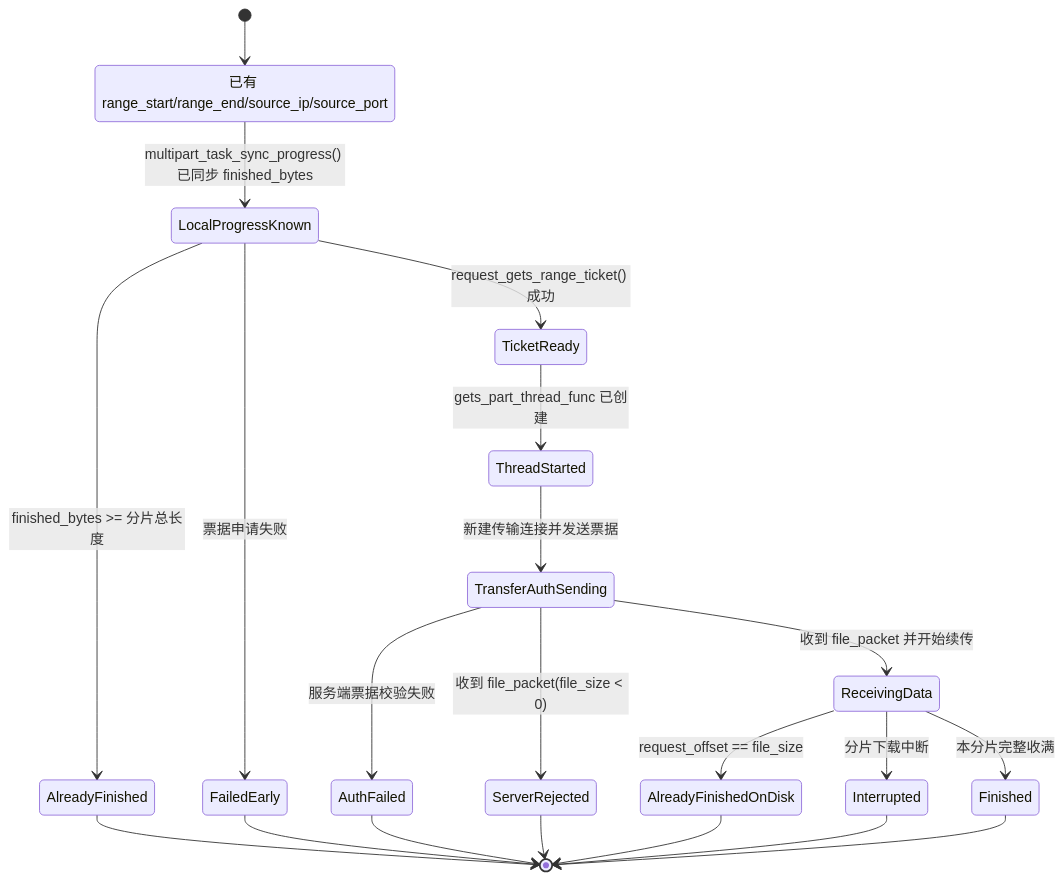
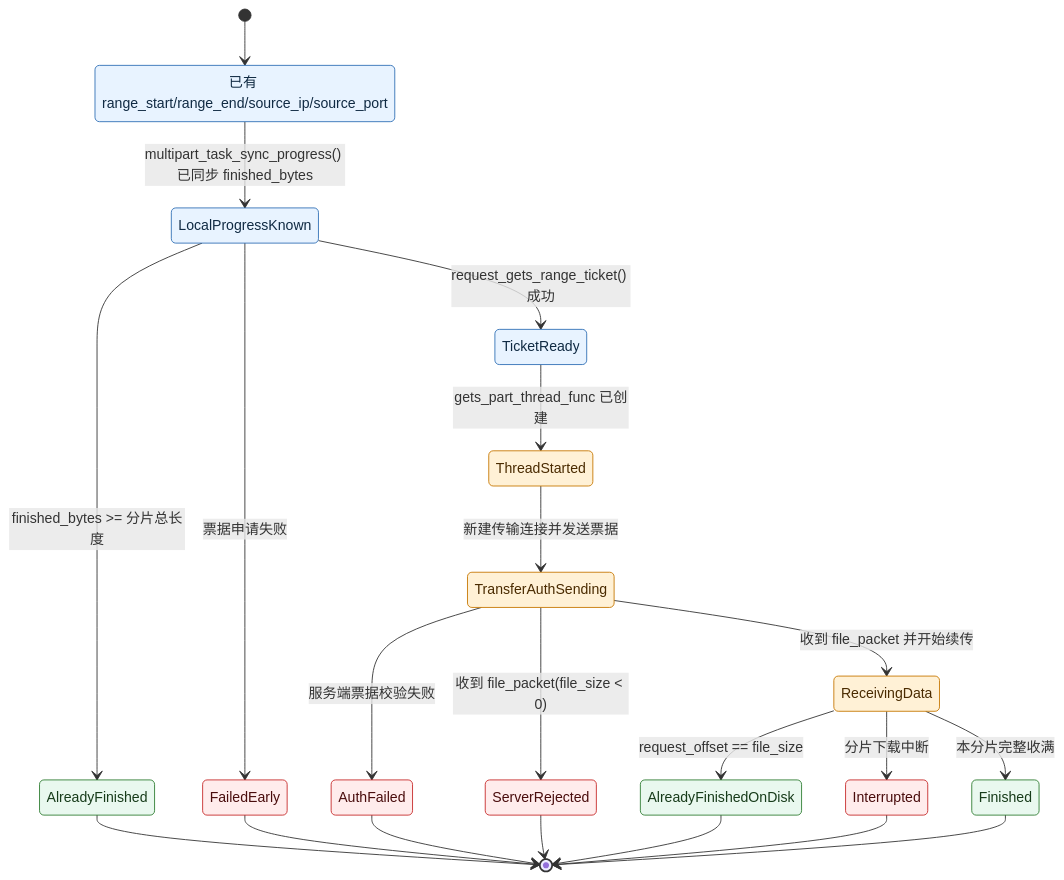
One commit to panlong-studio/WindCloud_V4 changed diagram 11 of 12 in docs/V5全流程状态图详解.md. Above: the diagram before and after it, drawn with Mermaid. The commit also changed other lines of this file and 5 other files, not shown here.

````diff
--- a/docs/V5全流程状态图详解.md
+++ b/docs/V5全流程状态图详解.md
@@ -773,28 +896,39 @@
 ```mermaid
 stateDiagram-v2
     [*] --> Planned
     Planned: 已有 range_start/range_end/source_ip/source_port
 
     Planned --> LocalProgressKnown: multipart_task_sync_progress() 已同步 finished_bytes
     LocalProgressKnown --> AlreadyFinished: finished_bytes >= 分片总长度
     LocalProgressKnown --> TicketReady: request_gets_range_ticket() 成功
     LocalProgressKnown --> FailedEarly: 票据申请失败
 
     TicketReady --> ThreadStarted: gets_part_thread_func 已创建
     ThreadStarted --> TransferAuthSending: 新建传输连接并发送票据
     TransferAuthSending --> AuthFailed: 服务端票据校验失败
     TransferAuthSending --> ServerRejected: 收到 file_packet(file_size < 0)
     TransferAuthSending --> ReceivingData: 收到 file_packet 并开始续传
     ReceivingData --> AlreadyFinishedOnDisk: request_offset == file_size
 
     ReceivingData --> Interrupted: 分片下载中断
     ReceivingData --> Finished: 本分片完整收满
 
     AlreadyFinished --> [*]
     FailedEarly --> [*]
     AuthFailed --> [*]
     ServerRejected --> [*]
     AlreadyFinishedOnDisk --> [*]
     Interrupted --> [*]
     Finished --> [*]
+    classDef init fill:#E8F3FF,stroke:#2F6FB6,color:#102A43
+    classDef active fill:#FFF1D6,stroke:#C77700,color:#4A2B00
+    classDef transfer fill:#EFFFFA,stroke:#00897B,color:#003D35
+    classDef success fill:#E9F8EF,stroke:#2E7D32,color:#173B1A
+    classDef final fill:#F3ECFF,stroke:#7C4DFF,color:#2D1B69
+    classDef fail fill:#FFECEC,stroke:#C62828,color:#4A0D0D
+
+    class Planned,LocalProgressKnown,TicketReady init
+    class ThreadStarted,TransferAuthSending,ReceivingData active
+    class AlreadyFinished,AlreadyFinishedOnDisk,Finished success
+    class FailedEarly,AuthFailed,ServerRejected,Interrupted fail
 ```
````
